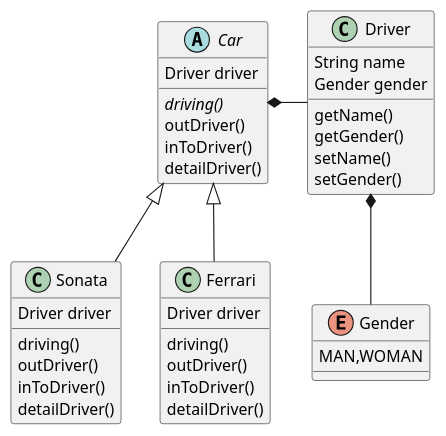
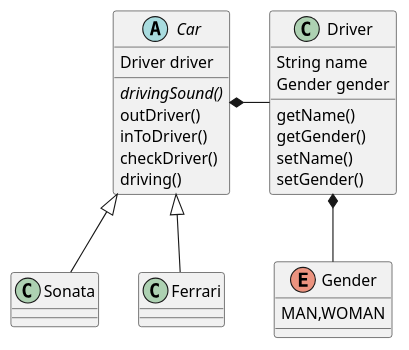
One commit to glqdlt/classarchtecting changed the diagram in src/main/uml/car-class.puml. Above: the diagram before and after it, drawn with PlantUML. The commit also changed 6 other files, not shown here.

```diff
--- a/src/main/uml/car-class.puml
+++ b/src/main/uml/car-class.puml
@@ -1,51 +1,40 @@
 @startuml
 
 abstract Car{
     Driver driver
 
-    {abstract} driving()
+    {abstract} drivingSound()
     outDriver()
     inToDriver()
-    detailDriver()
+    checkDriver()
+    driving()
 }
 
 Class Sonata{
-    Driver driver
-
-    driving()
-    outDriver()
-    inToDriver()
-    detailDriver()
 }
 
 Class Ferrari{
-    Driver driver
-
-    driving()
-    outDriver()
-    inToDriver()
-    detailDriver()
 }
 
 
 class Driver{
     String name
     Gender gender
     getName()
     getGender()
     setName()
     setGender()
 }
 
 Enum Gender{
     MAN,WOMAN
 }
 
 Car *- Driver
 Driver *-- Gender
 
 Car <|-- Sonata
 Car <|-- Ferrari
 
 
 @enduml
```
